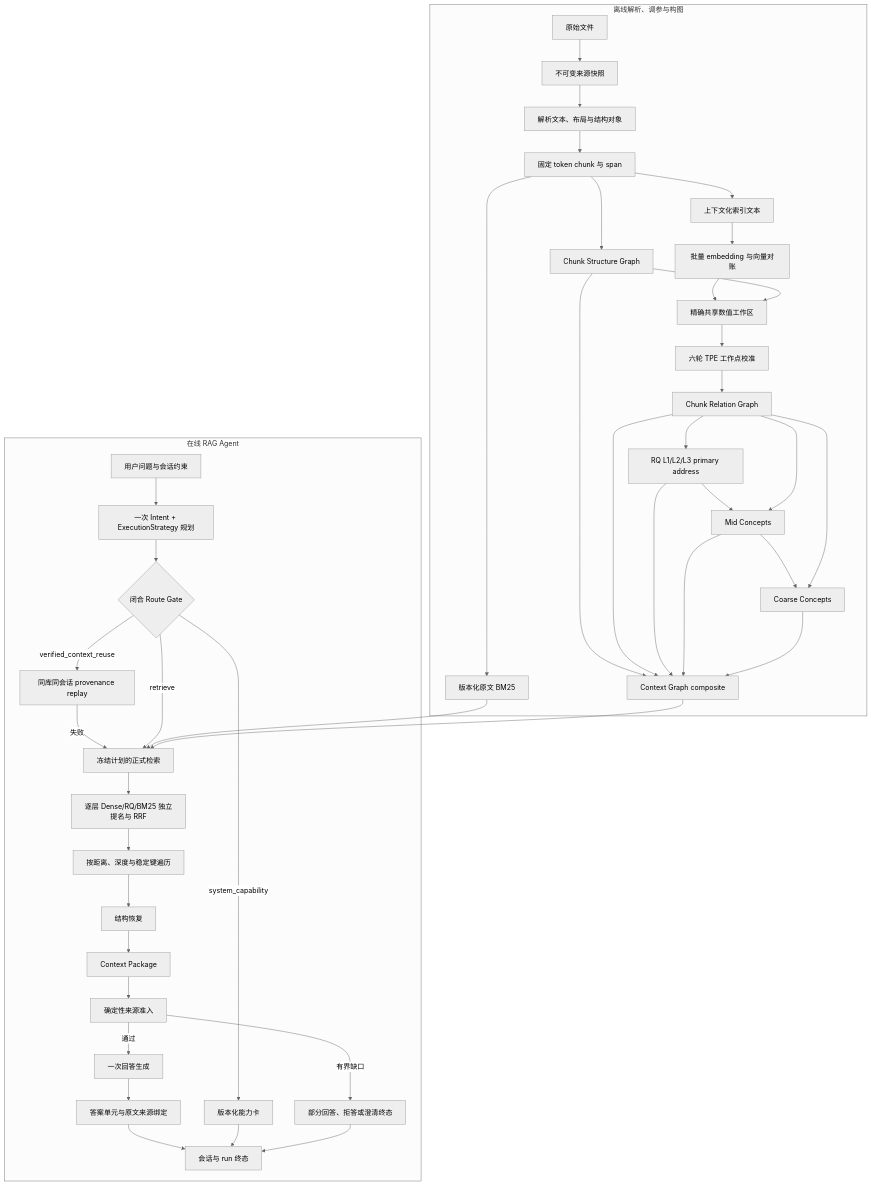
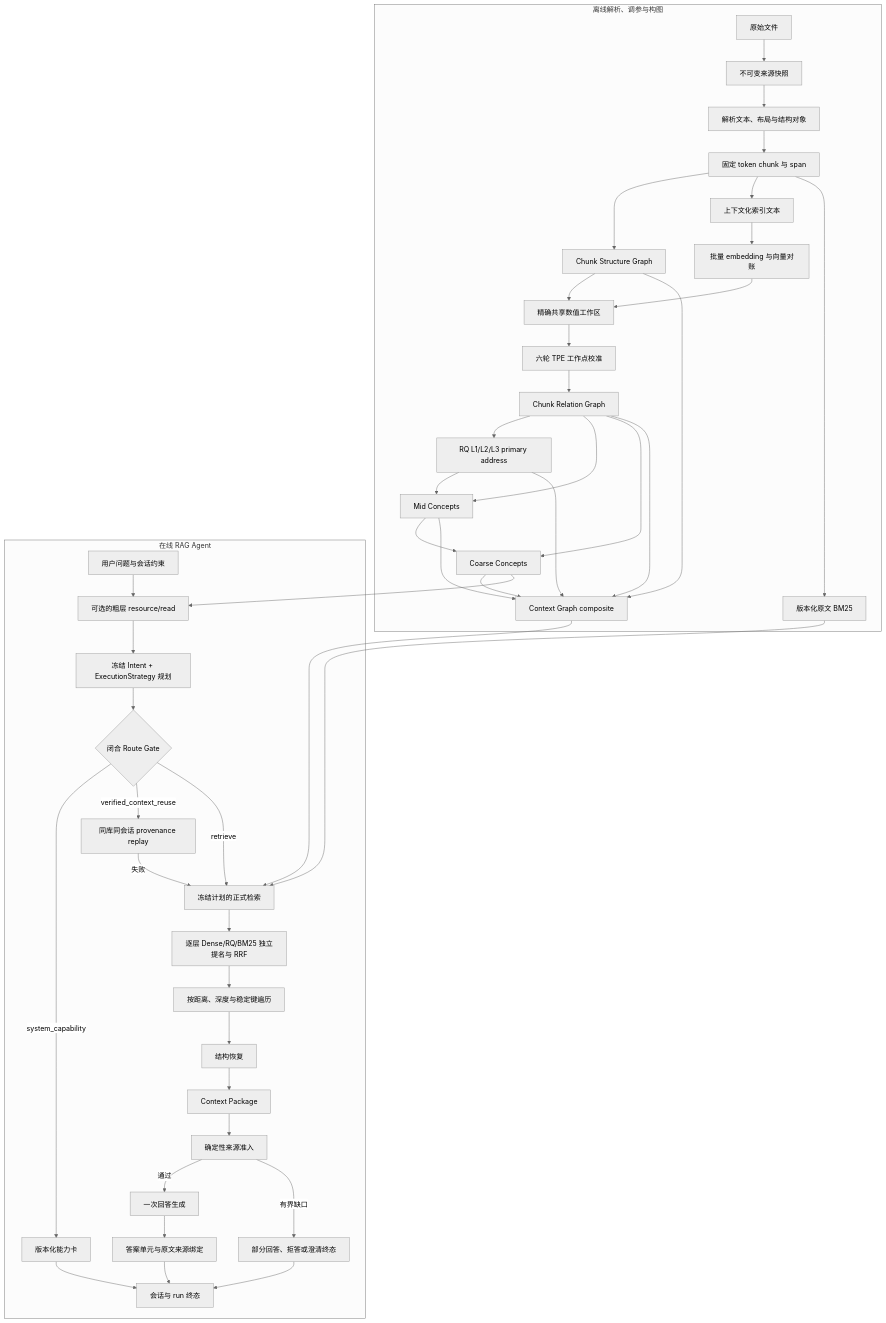
The second of 3 diagrams in docs/technical-spec.md (Sggggt/SymboGraph), drawn with Mermaid (neutral theme) before and after one commit. The commit also changed other lines of this file and 36 other files, not shown here.

````diff
--- a/docs/technical-spec.md
+++ b/docs/technical-spec.md
@@ -56,48 +56,50 @@
 ```mermaid
 flowchart TB
     subgraph Build[离线解析、调参与构图]
         F0[原始文件] --> SS[不可变来源快照]
         SS --> PARSE[解析文本、布局与结构对象]
         PARSE --> CHUNK[固定 token chunk 与 span]
         CHUNK --> G0[Chunk Structure Graph]
         CHUNK --> CTX[上下文化索引文本]
         CTX --> EMB[批量 embedding 与向量对账]
         CHUNK --> BM[版本化原文 BM25]
         EMB --> WS[精确共享数值工作区]
         G0 --> WS
         WS --> TPE[六轮 TPE 工作点校准]
         TPE --> G1[Chunk Relation Graph]
         G1 --> RQ[RQ L1/L2/L3 primary address]
         RQ --> MID[Mid Concepts]
         G1 --> MID
         MID --> COARSE[Coarse Concepts]
         G1 --> COARSE
         G0 --> CG[Context Graph composite]
         G1 --> CG
         RQ --> CG
         MID --> CG
         COARSE --> CG
     end
 
     subgraph Serve[在线 RAG Agent]
-        U[用户问题与会话约束] --> PLAN[一次 Intent + ExecutionStrategy 规划]
+        U[用户问题与会话约束] --> OBS[可选的粗层 resource/read]
+        COARSE --> OBS
+        OBS --> PLAN[冻结 Intent + ExecutionStrategy 规划]
         PLAN --> ROUTE{闭合 Route Gate}
         ROUTE -->|system_capability| CARD[版本化能力卡]
         ROUTE -->|verified_context_reuse| REPLAY[同库同会话 provenance replay]
         REPLAY -->|失败| RETRIEVE[冻结计划的正式检索]
         ROUTE -->|retrieve| RETRIEVE
         BM --> RETRIEVE
         CG --> RETRIEVE
         RETRIEVE --> SCORE[逐层 Dense/RQ/BM25 独立提名与 RRF]
         SCORE --> WALK[按距离、深度与稳定键遍历]
         WALK --> RESTORE[结构恢复]
         RESTORE --> PACK[Context Package]
         PACK --> ADMIT[确定性来源准入]
         ADMIT -->|通过| GEN[一次回答生成]
         ADMIT -->|有界缺口| GAP[部分回答、拒答或澄清终态]
         GEN --> BIND[答案单元与原文来源绑定]
         BIND --> SESSION[会话与 run 终态]
         CARD --> SESSION
         GAP --> SESSION
     end
 ```
````
